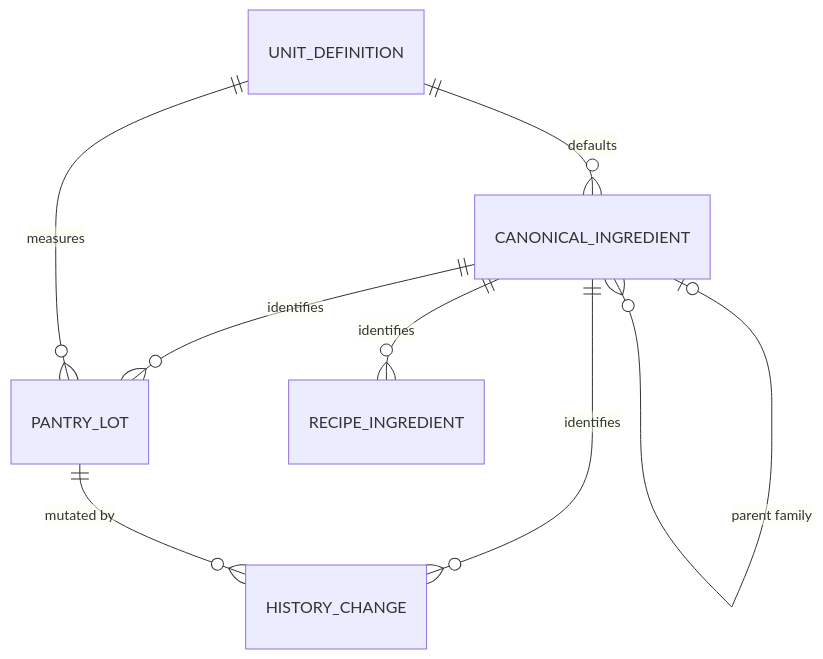
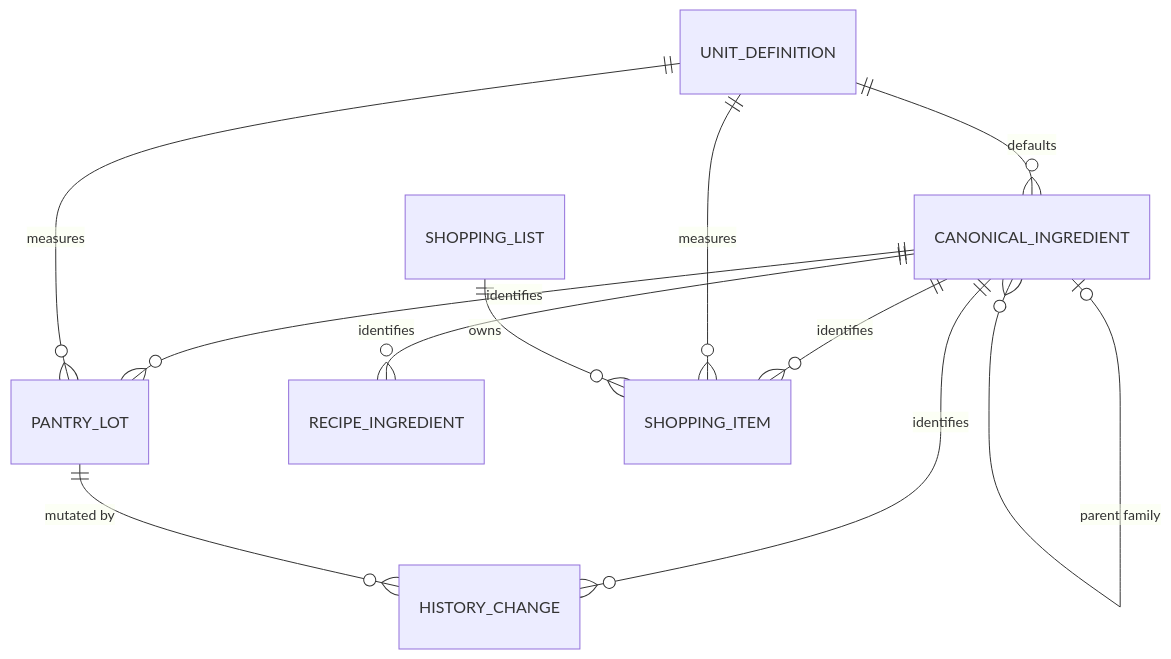
Before and after one commit to kobv99/KinRaiDee: the first of 3 diagrams in docs/10_CANONICAL_INGREDIENT_DATA_MODEL.md, drawn with Mermaid. The commit also changed other lines of this file and 25 other files, not shown here.

````diff
--- a/docs/10_CANONICAL_INGREDIENT_DATA_MODEL.md
+++ b/docs/10_CANONICAL_INGREDIENT_DATA_MODEL.md
@@ -5,10 +5,13 @@
 ```mermaid
 erDiagram
     CANONICAL_INGREDIENT ||--o{ PANTRY_LOT : "identifies"
     CANONICAL_INGREDIENT ||--o{ RECIPE_INGREDIENT : "identifies"
     CANONICAL_INGREDIENT ||--o{ HISTORY_CHANGE : "identifies"
+    CANONICAL_INGREDIENT ||--o{ SHOPPING_ITEM : "identifies"
     UNIT_DEFINITION ||--o{ CANONICAL_INGREDIENT : "defaults"
     UNIT_DEFINITION ||--o{ PANTRY_LOT : "measures"
+    UNIT_DEFINITION ||--o{ SHOPPING_ITEM : "measures"
     PANTRY_LOT ||--o{ HISTORY_CHANGE : "mutated by"
+    SHOPPING_LIST ||--o{ SHOPPING_ITEM : "owns"
     CANONICAL_INGREDIENT o|--o{ CANONICAL_INGREDIENT : "parent family"
 ```
````
